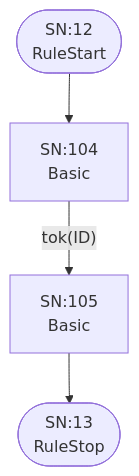
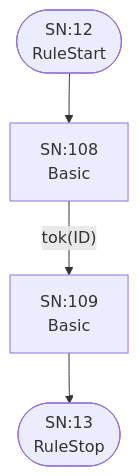
One commit to TypeFox/fastbelt changed the seventh of 26 diagrams in internal/grammar/atn.md. Above: the diagram before and after it, drawn with Mermaid. The commit also changed other lines of this file and 22 other files, not shown here.

````diff
--- a/internal/grammar/atn.md
+++ b/internal/grammar/atn.md
@@ -183,11 +188,11 @@
 ```mermaid
 flowchart TD
     q12(["SN:12<br/>RuleStart"])
     q13(["SN:13<br/>RuleStop"])
-    q104["SN:104<br/>Basic<br/>"]
-    q105["SN:105<br/>Basic<br/>"]
+    q108["SN:108<br/>Basic<br/>"]
+    q109["SN:109<br/>Basic<br/>"]
 
-    q12 --> q104
-    q104 -->|"tok(ID)"| q105
-    q105 --> q13
+    q12 --> q108
+    q108 -->|"tok(ID)"| q109
+    q109 --> q13
 ```
````
